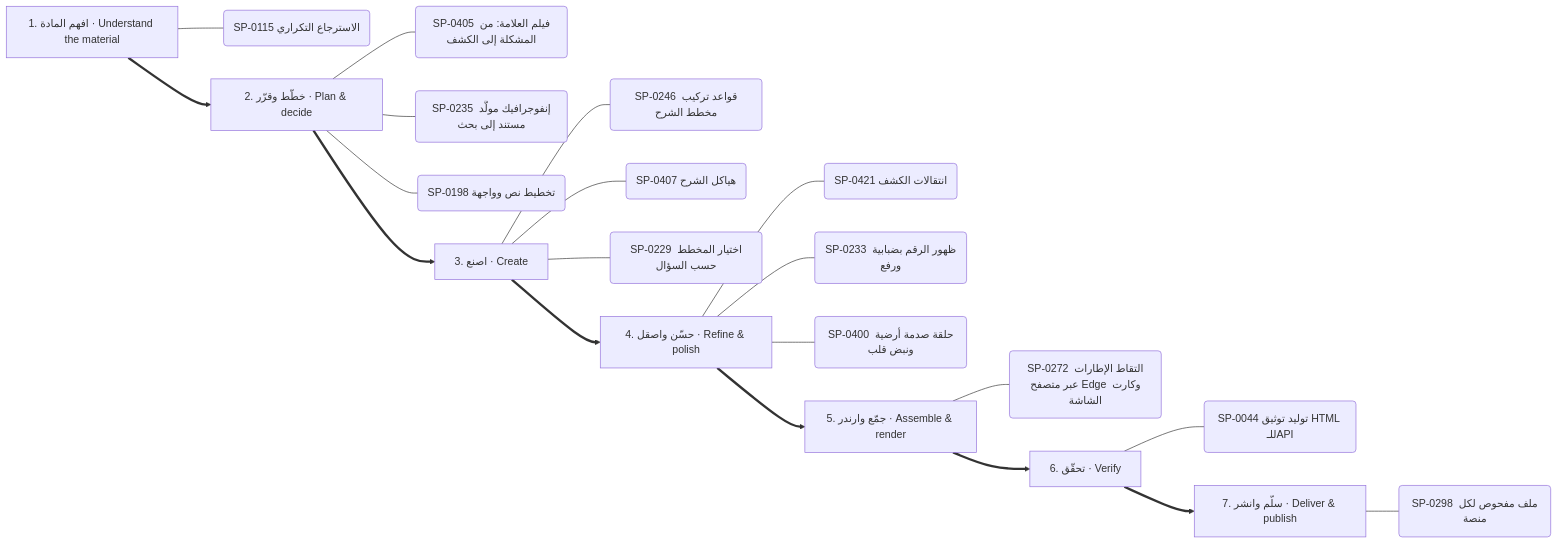
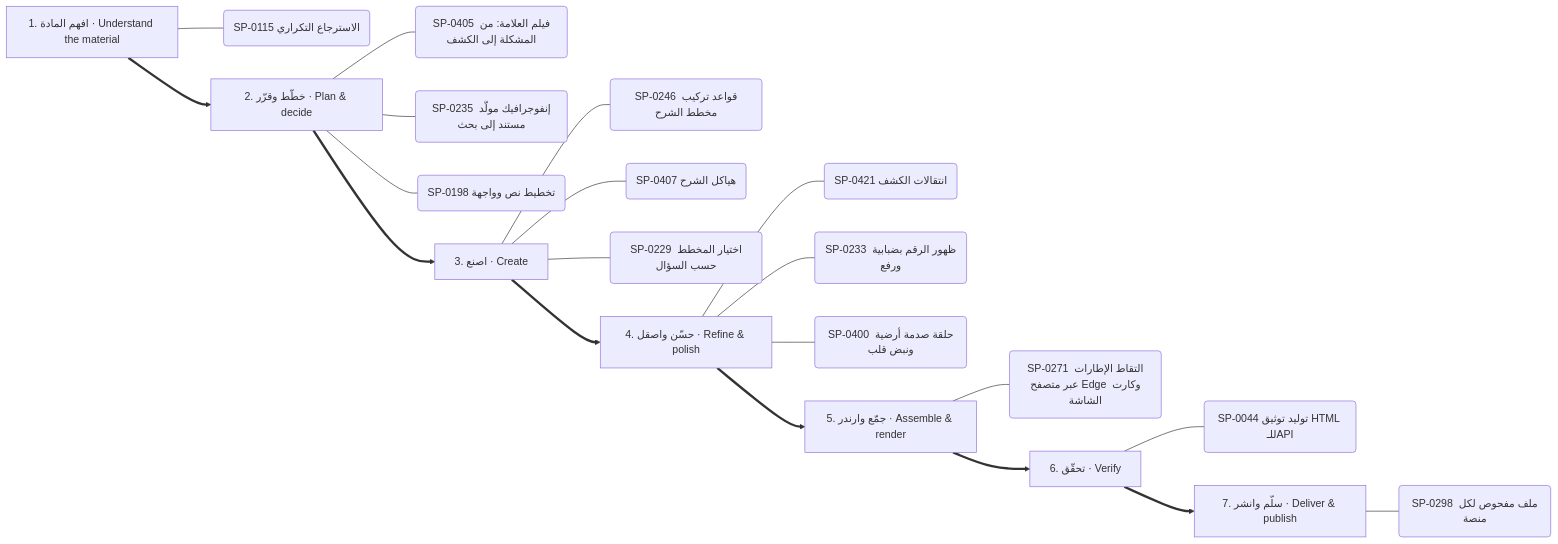
The fifth of 13 diagrams in .claude/skills/kosif-superpowers/references/capability-mindmap.md (kosif199022-jpg/kosif-tool), drawn with Mermaid before and after one commit. The commit also changed other lines of this file and 52 other files, not shown here.

````diff
--- a/.claude/skills/kosif-superpowers/references/capability-mindmap.md
+++ b/.claude/skills/kosif-superpowers/references/capability-mindmap.md
@@ -276,29 +276,29 @@
 ```mermaid
 flowchart LR
   S0["1. افهم المادة · Understand the material"]
   S0 --- S0_0("SP-0115 الاسترجاع التكراري")
   S1["2. خطّط وقرّر · Plan & decide"]
   S1 --- S1_0("SP-0405 فيلم العلامة: من المشكلة إلى الكشف")
   S1 --- S1_1("SP-0235 إنفوجرافيك مولَّد مستند إلى بحث")
   S1 --- S1_2("SP-0198 تخطيط نص وواجهة")
   S0 ==> S1
   S2["3. اصنع · Create"]
   S2 --- S2_0("SP-0246 قواعد تركيب مخطط الشرح")
   S2 --- S2_1("SP-0407 هياكل الشرح")
   S2 --- S2_2("SP-0229 اختيار المخطط حسب السؤال")
   S1 ==> S2
   S3["4. حسّن واصقل · Refine & polish"]
   S3 --- S3_0("SP-0421 انتقالات الكشف")
   S3 --- S3_1("SP-0233 ظهور الرقم بضبابية ورفع")
   S3 --- S3_2("SP-0400 حلقة صدمة أرضية ونبض قلب")
   S2 ==> S3
   S4["5. جمّع وارندر · Assemble & render"]
-  S4 --- S4_0("SP-0272 التقاط الإطارات عبر متصفح Edge وكارت الشاشة")
+  S4 --- S4_0("SP-0271 التقاط الإطارات عبر متصفح Edge وكارت الشاشة")
   S3 ==> S4
   S5["6. تحقّق · Verify"]
   S5 --- S5_0("SP-0044 توليد توثيق HTML للـAPI")
   S4 ==> S5
   S6["7. سلّم وانشر · Deliver & publish"]
   S6 --- S6_0("SP-0298 ملف مفحوص لكل منصة")
   S5 ==> S6
 ```
````
